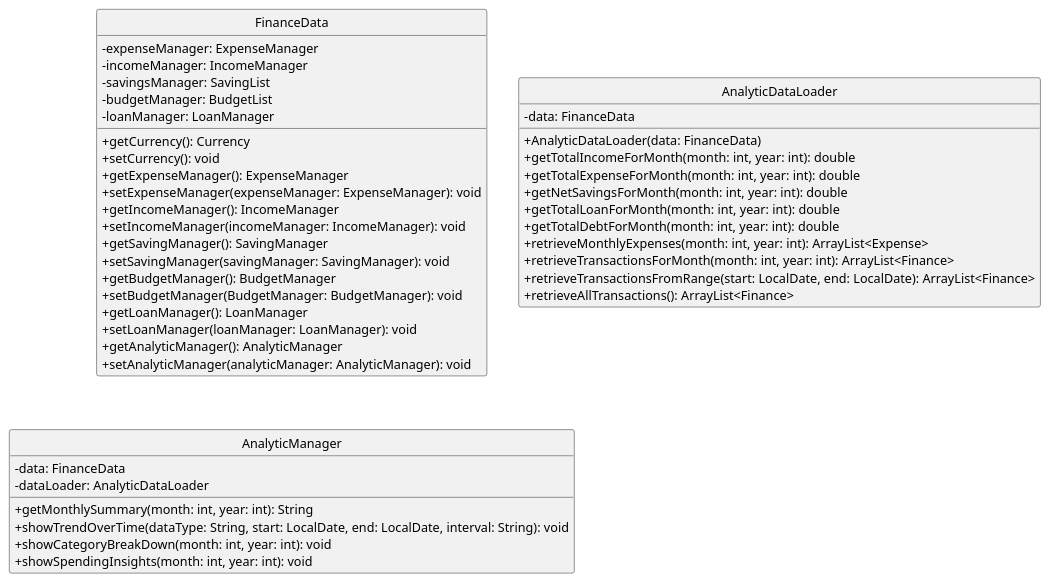
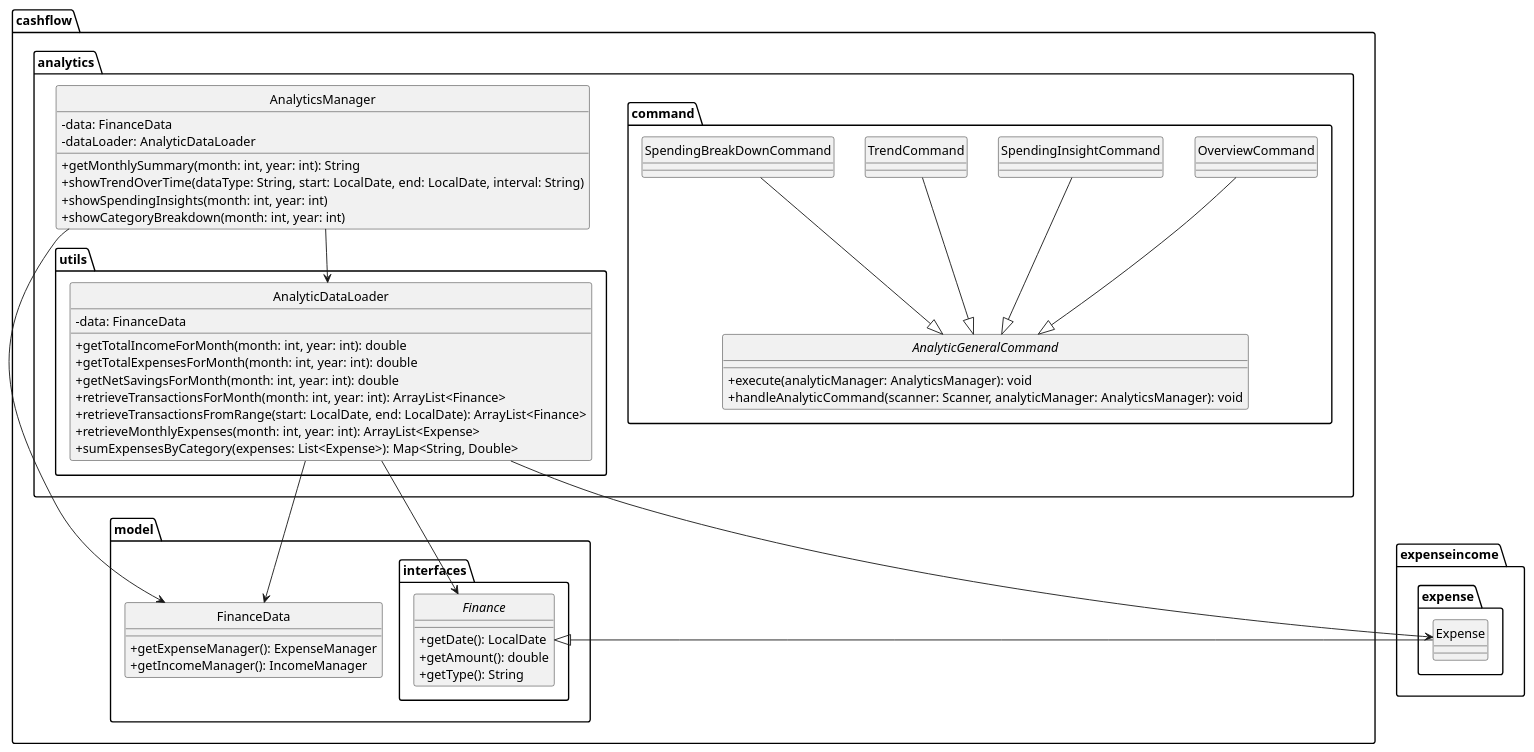
One commit to trunghjieu2506/tp changed the diagram in docs/diagrams/AnalyticManager.puml. Above: the diagram before and after it, drawn with PlantUML. The commit also changed 3 other files, not shown here.

```diff
--- a/docs/diagrams/AnalyticManager.puml
+++ b/docs/diagrams/AnalyticManager.puml
@@ -1,50 +1,72 @@
 @startuml
 hide circle
 skinparam classAttributeIconSize 0
 
-class FinanceData {
-  -expenseManager: ExpenseManager
-  -incomeManager: IncomeManager
-  -savingsManager: SavingList
-  -budgetManager: BudgetList
-  -loanManager: LoanManager
-  +getCurrency(): Currency
-  +setCurrency(): void
-  +getExpenseManager(): ExpenseManager
-  +setExpenseManager(expenseManager: ExpenseManager): void
-  +getIncomeManager(): IncomeManager
-  +setIncomeManager(incomeManager: IncomeManager): void
-  +getSavingManager(): SavingManager
-  +setSavingManager(savingManager: SavingManager): void
-  +getBudgetManager(): BudgetManager
-  +setBudgetManager(BudgetManager: BudgetManager): void
-  +getLoanManager(): LoanManager
-  +setLoanManager(loanManager: LoanManager): void
-  +getAnalyticManager(): AnalyticManager
-  +setAnalyticManager(analyticManager: AnalyticManager): void
+package "cashflow.analytics" {
+    class AnalyticsManager {
+        - data: FinanceData
+        - dataLoader: AnalyticDataLoader
+        + getMonthlySummary(month: int, year: int): String
+        + showTrendOverTime(dataType: String, start: LocalDate, end: LocalDate, interval: String)
+        + showSpendingInsights(month: int, year: int)
+        + showCategoryBreakdown(month: int, year: int)
+    }
+    package utils{
+        class AnalyticDataLoader {
+            - data: FinanceData
+            + getTotalIncomeForMonth(month: int, year: int): double
+            + getTotalExpensesForMonth(month: int, year: int): double
+            + getNetSavingsForMonth(month: int, year: int): double
+            + retrieveTransactionsForMonth(month: int, year: int): ArrayList<Finance>
+            + retrieveTransactionsFromRange(start: LocalDate, end: LocalDate): ArrayList<Finance>
+            + retrieveMonthlyExpenses(month: int, year: int): ArrayList<Expense>
+            + sumExpensesByCategory(expenses: List<Expense>): Map<String, Double>
+        }
+    }
 }
 
-class AnalyticDataLoader {
-  -data: FinanceData
-  +AnalyticDataLoader(data: FinanceData)
-  +getTotalIncomeForMonth(month: int, year: int): double
-  +getTotalExpenseForMonth(month: int, year: int): double
-  +getNetSavingsForMonth(month: int, year: int): double
-  +getTotalLoanForMonth(month: int, year: int): double
-  +getTotalDebtForMonth(month: int, year: int): double
-  +retrieveMonthlyExpenses(month: int, year: int): ArrayList<Expense>
-  +retrieveTransactionsForMonth(month: int, year: int): ArrayList<Finance>
-  +retrieveTransactionsFromRange(start: LocalDate, end: LocalDate): ArrayList<Finance>
-  +retrieveAllTransactions(): ArrayList<Finance>
+package "cashflow.model" {
+    class FinanceData {
+        + getExpenseManager(): ExpenseManager
+        + getIncomeManager(): IncomeManager
+    }
 }
 
-class AnalyticManager {
-  -data: FinanceData
-  -dataLoader: AnalyticDataLoader
-  +getMonthlySummary(month: int, year: int): String
-  +showTrendOverTime(dataType: String, start: LocalDate, end: LocalDate, interval: String): void
-  +showCategoryBreakDown(month: int, year: int): void
-  +showSpendingInsights(month: int, year: int): void
+package "expenseincome.expense" {
+    class Expense
 }
 
+package "cashflow.model.interfaces" {
+    abstract class Finance {
+        + getDate(): LocalDate
+        + getAmount(): double
+        + getType(): String
+    }
+}
+
+package cashflow.analytics.command {
+
+    abstract class AnalyticGeneralCommand {
+        + execute(analyticManager: AnalyticsManager): void
+        + handleAnalyticCommand(scanner: Scanner, analyticManager: AnalyticsManager): void
+    }
+
+    class OverviewCommand
+    class SpendingInsightCommand
+    class TrendCommand
+    class SpendingBreakDownCommand
+
+    OverviewCommand --|> AnalyticGeneralCommand
+    SpendingInsightCommand --|> AnalyticGeneralCommand
+    TrendCommand --|> AnalyticGeneralCommand
+    SpendingBreakDownCommand --|> AnalyticGeneralCommand
+}
+
+AnalyticsManager --> AnalyticDataLoader
+AnalyticsManager --> FinanceData
+AnalyticDataLoader --> FinanceData
+AnalyticDataLoader --> Finance
+AnalyticDataLoader --> Expense
+Expense --|> Finance
+
 @enduml
```
